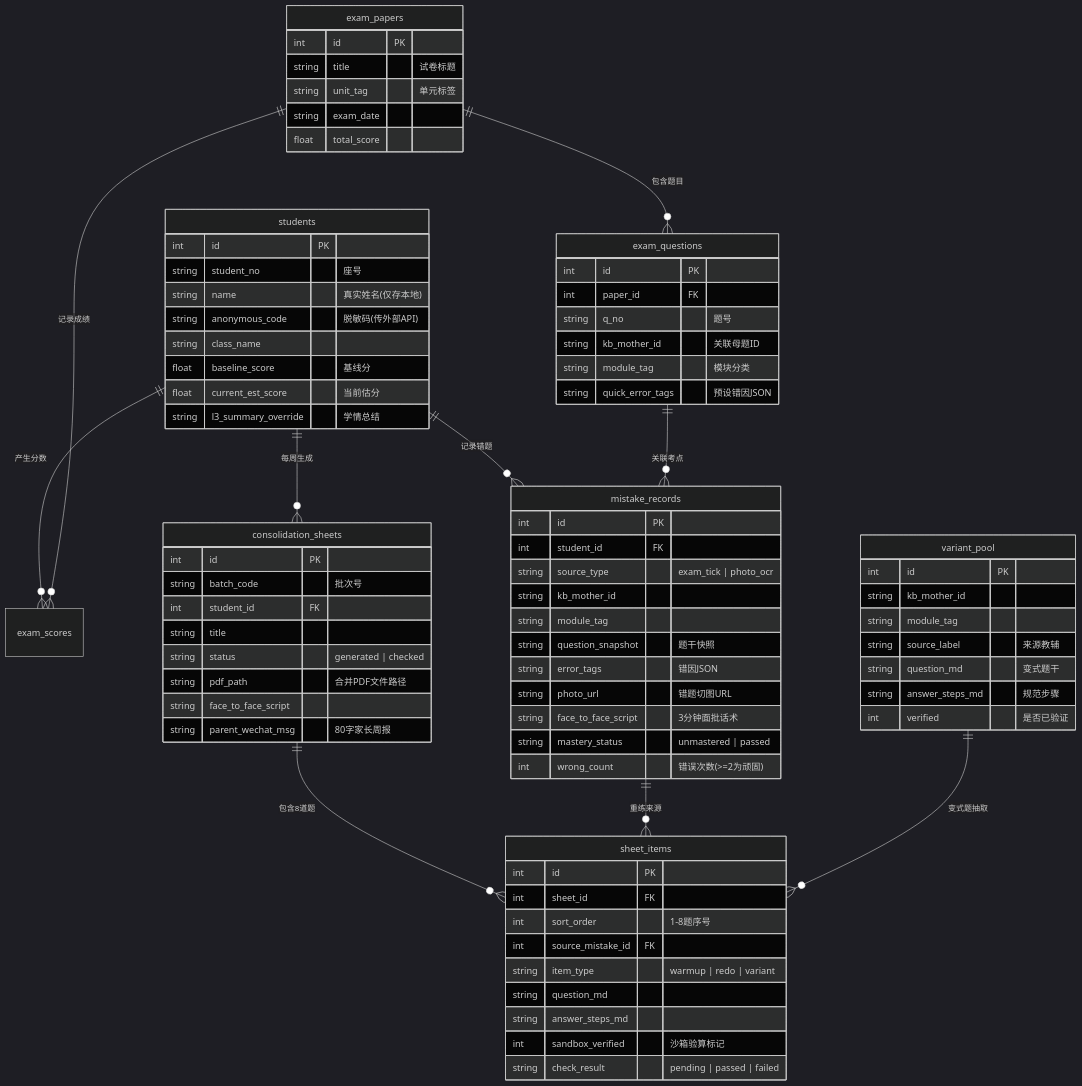
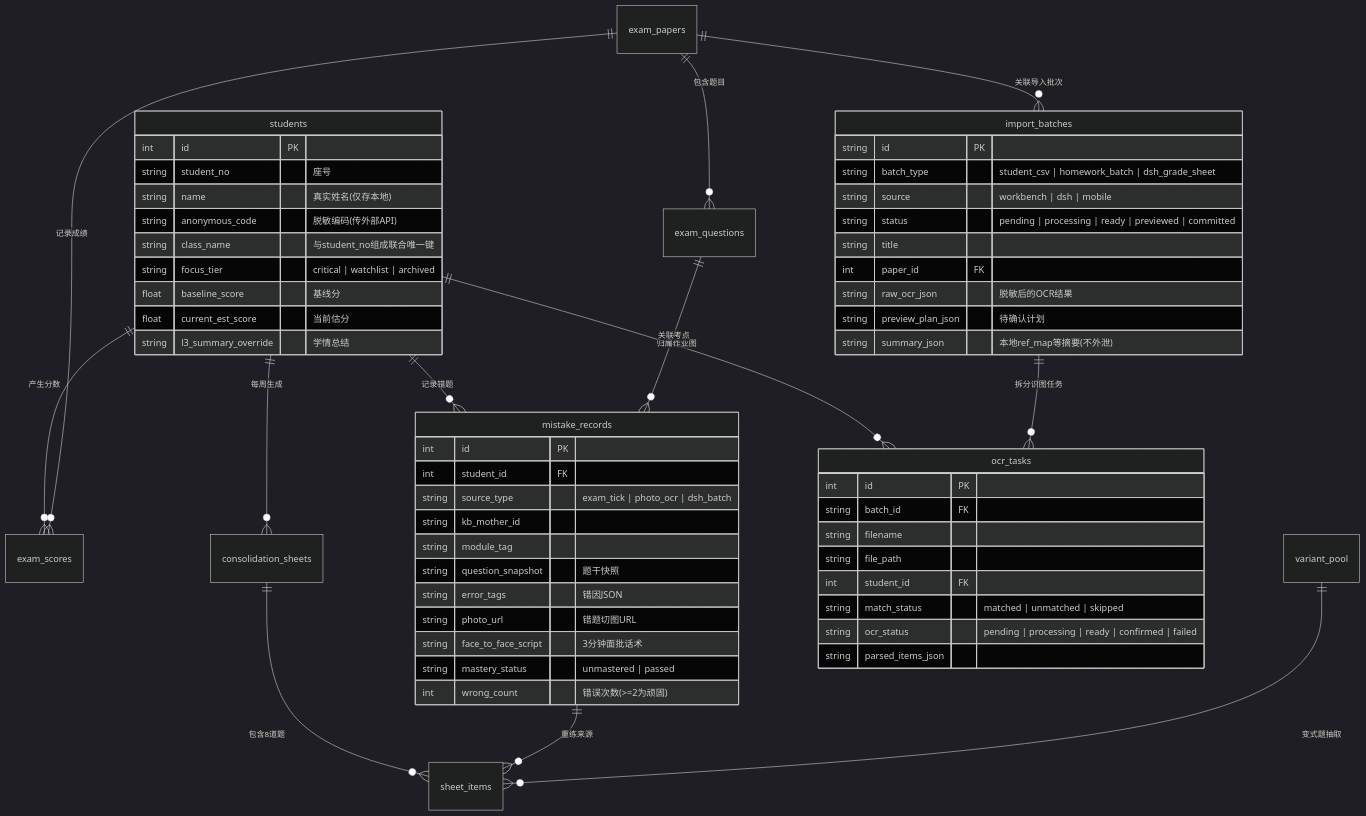
The second of 3 diagrams in PROJECT_STRUCTURE.md (iloveyouok/grade6-math-lite), drawn with Mermaid (dark theme) before and after one commit. The commit also changed other lines of this file and 28 other files, not shown here.

Commit message:
feat: add student filter import, batch OCR queue, DSH MCP integration, and updated architecture/deploy docs

````diff
--- a/PROJECT_STRUCTURE.md
+++ b/PROJECT_STRUCTURE.md
@@ -164,47 +103,35 @@
     students ||--o{ exam_scores : "产生分数"
     students ||--o{ mistake_records : "记录错题"
     students ||--o{ consolidation_sheets : "每周生成"
+    students ||--o{ ocr_tasks : "归属作业图"
 
     exam_papers ||--o{ exam_questions : "包含题目"
     exam_papers ||--o{ exam_scores : "记录成绩"
+    exam_papers ||--o{ import_batches : "关联导入批次"
     exam_questions ||--o{ mistake_records : "关联考点"
 
     consolidation_sheets ||--o{ sheet_items : "包含8道题"
     mistake_records ||--o{ sheet_items : "重练来源"
     variant_pool ||--o{ sheet_items : "变式题抽取"
 
+    import_batches ||--o{ ocr_tasks : "拆分识图任务"
+
     students {
         int id PK
         string student_no "座号"
         string name "真实姓名(仅存本地)"
-        string anonymous_code "脱敏码(传外部API)"
-        string class_name
+        string anonymous_code "脱敏编码(传外部API)"
+        string class_name "与student_no组成联合唯一键"
+        string focus_tier "critical | watchlist | archived"
         float baseline_score "基线分"
         float current_est_score "当前估分"
         string l3_summary_override "学情总结"
     }
 
-    exam_papers {
-        int id PK
-        string title "试卷标题"
-        string unit_tag "单元标签"
-        string exam_date
-        float total_score
-    }
-
-    exam_questions {
-        int id PK
-        int paper_id FK
-        string q_no "题号"
-        string kb_mother_id "关联母题ID"
-        string module_tag "模块分类"
-        string quick_error_tags "预设错因JSON"
-    }
-
     mistake_records {
         int id PK
         int student_id FK
-        string source_type "exam_tick | photo_ocr"
+        string source_type "exam_tick | photo_ocr | dsh_batch"
         string kb_mother_id
         string module_tag
         string question_snapshot "题干快照"
@@ -215,36 +142,26 @@
         int wrong_count "错误次数(>=2为顽固)"
     }
 
-    variant_pool {
-        int id PK
-        string kb_mother_id
-        string module_tag
-        string source_label "来源教辅"
-        string question_md "变式题干"
-        string answer_steps_md "规范步骤"
-        int verified "是否已验证"
+    import_batches {
+        string id PK
+        string batch_type "student_csv | homework_batch | dsh_grade_sheet"
+        string source "workbench | dsh | mobile"
+        string status "pending | processing | ready | previewed | committed"
+        string title
+        int paper_id FK
+        string raw_ocr_json "脱敏后的OCR结果"
+        string preview_plan_json "待确认计划"
+        string summary_json "本地ref_map等摘要(不外泄)"
     }
 
-    consolidation_sheets {
+    ocr_tasks {
         int id PK
-        string batch_code "批次号"
+        string batch_id FK
+        string filename
+        string file_path
         int student_id FK
-        string title
-        string status "generated | checked"
-        string pdf_path "合并PDF文件路径"
-        string face_to_face_script
-        string parent_wechat_msg "80字家长周报"
-    }
-
-    sheet_items {
-        int id PK
-        int sheet_id FK
-        int sort_order "1-8题序号"
-        int source_mistake_id FK
-        string item_type "warmup | redo | variant"
-        string question_md
-        string answer_steps_md
-        int sandbox_verified "沙箱验算标记"
-        string check_result "pending | passed | failed"
+        string match_status "matched | unmatched | skipped"
+        string ocr_status "pending | processing | ready | confirmed | failed"
+        string parsed_items_json
     }
 ```
````
